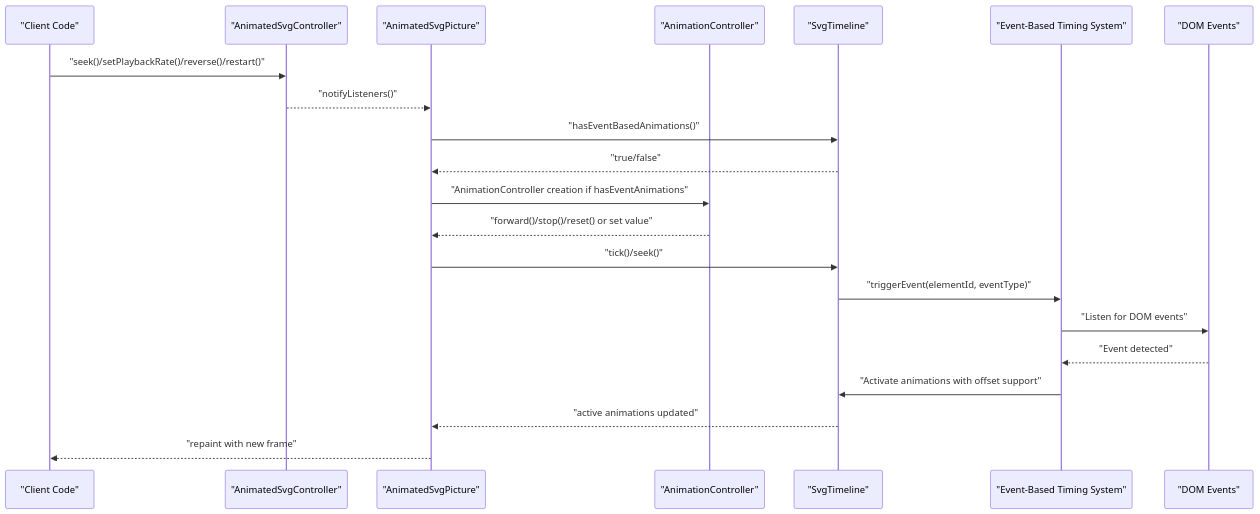
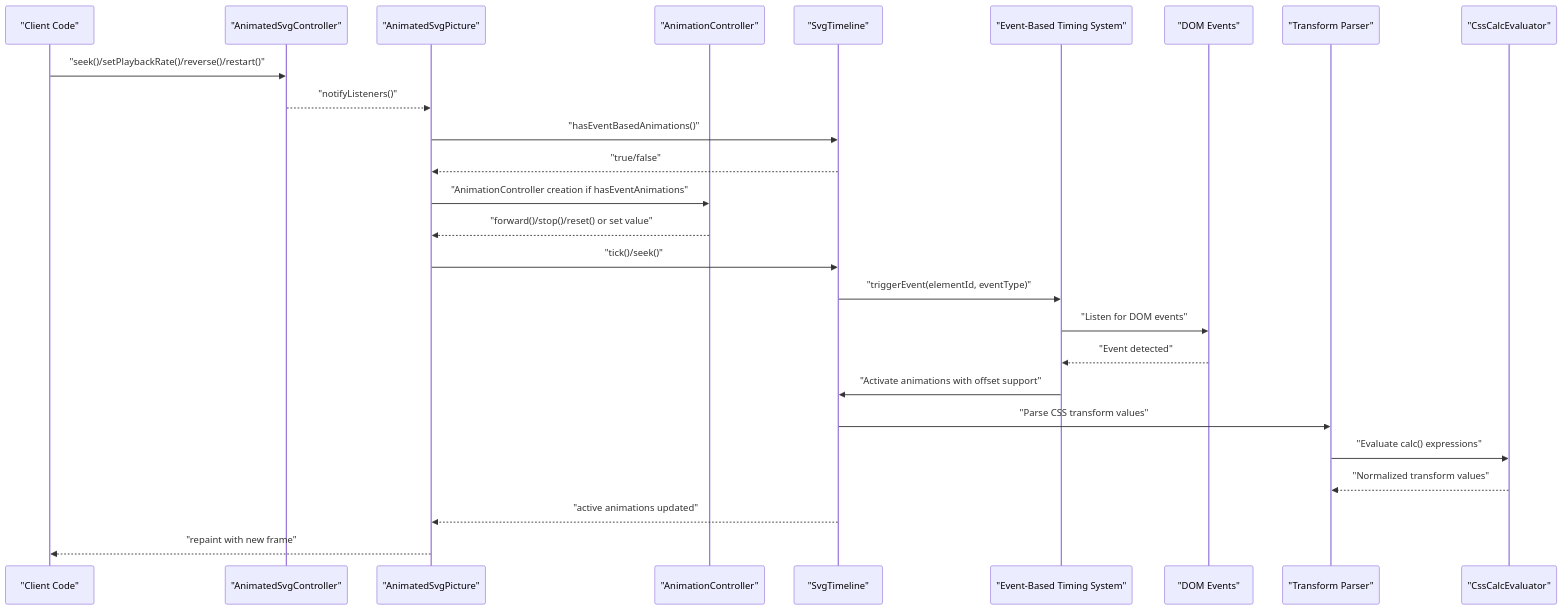
One commit to denisnadey/flutter_full_svg_support changed the second of 4 diagrams in .qoder/repowiki/en/content/API Reference/Animation APIs.md. Above: the diagram before and after it, drawn with Mermaid. The commit also changed other lines of this file and 40 other files, not shown here.

````diff
--- a/.qoder/repowiki/en/content/API Reference/Animation APIs.md
+++ b/.qoder/repowiki/en/content/API Reference/Animation APIs.md
@@ -140,23 +161,28 @@
 ```mermaid
 sequenceDiagram
 participant Client as "Client Code"
 participant Controller as "AnimatedSvgController"
 participant Picture as "AnimatedSvgPicture"
 participant AC as "AnimationController"
 participant TL as "SvgTimeline"
 participant EventSys as "Event-Based Timing System"
 participant DOM as "DOM Events"
+participant TransformParser as "Transform Parser"
+participant CalcEval as "CssCalcEvaluator"
 Client->>Controller : "seek()/setPlaybackRate()/reverse()/restart()"
 Controller-->>Picture : "notifyListeners()"
 Picture->>TL : "hasEventBasedAnimations()"
 TL-->>Picture : "true/false"
 Picture->>AC : "AnimationController creation if hasEventAnimations"
 AC-->>Picture : "forward()/stop()/reset() or set value"
 Picture->>TL : "tick()/seek()"
 TL->>EventSys : "triggerEvent(elementId, eventType)"
 EventSys->>DOM : "Listen for DOM events"
 DOM-->>EventSys : "Event detected"
 EventSys->>TL : "Activate animations with offset support"
+TL->>TransformParser : "Parse CSS transform values"
+TransformParser->>CalcEval : "Evaluate calc() expressions"
+CalcEval-->>TransformParser : "Normalized transform values"
 TL-->>Picture : "active animations updated"
 Picture-->>Client : "repaint with new frame"
 ```
````
